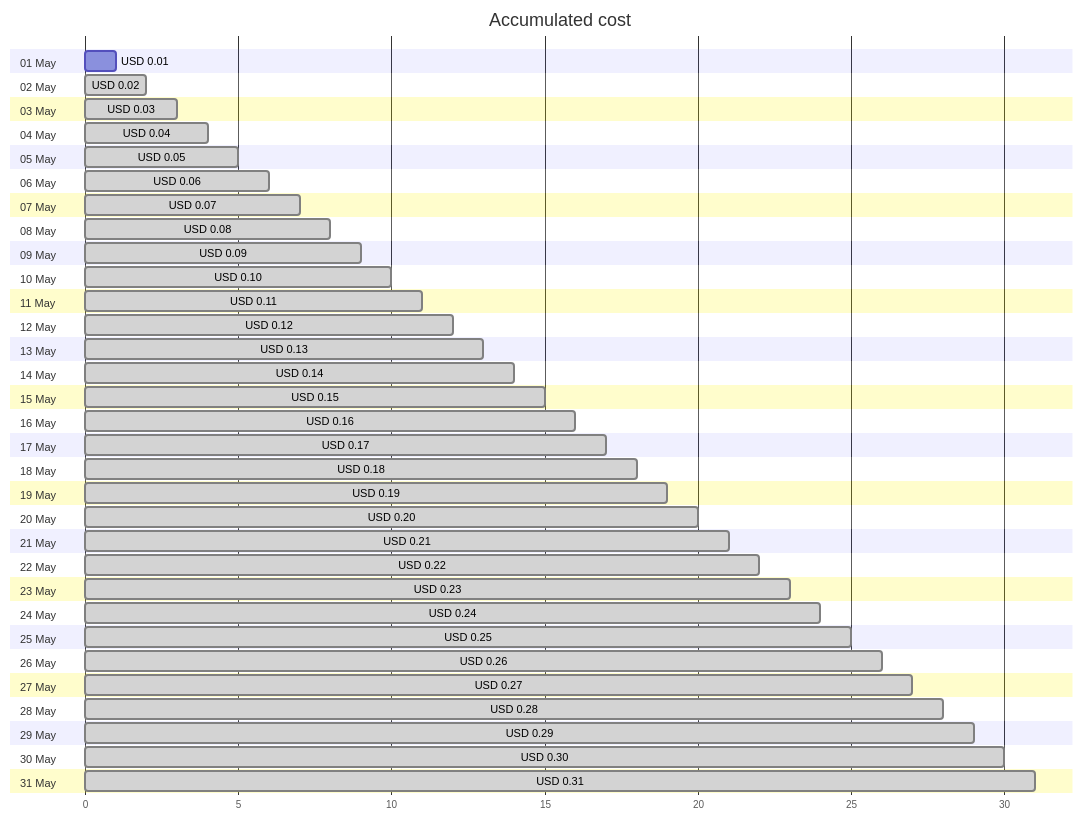
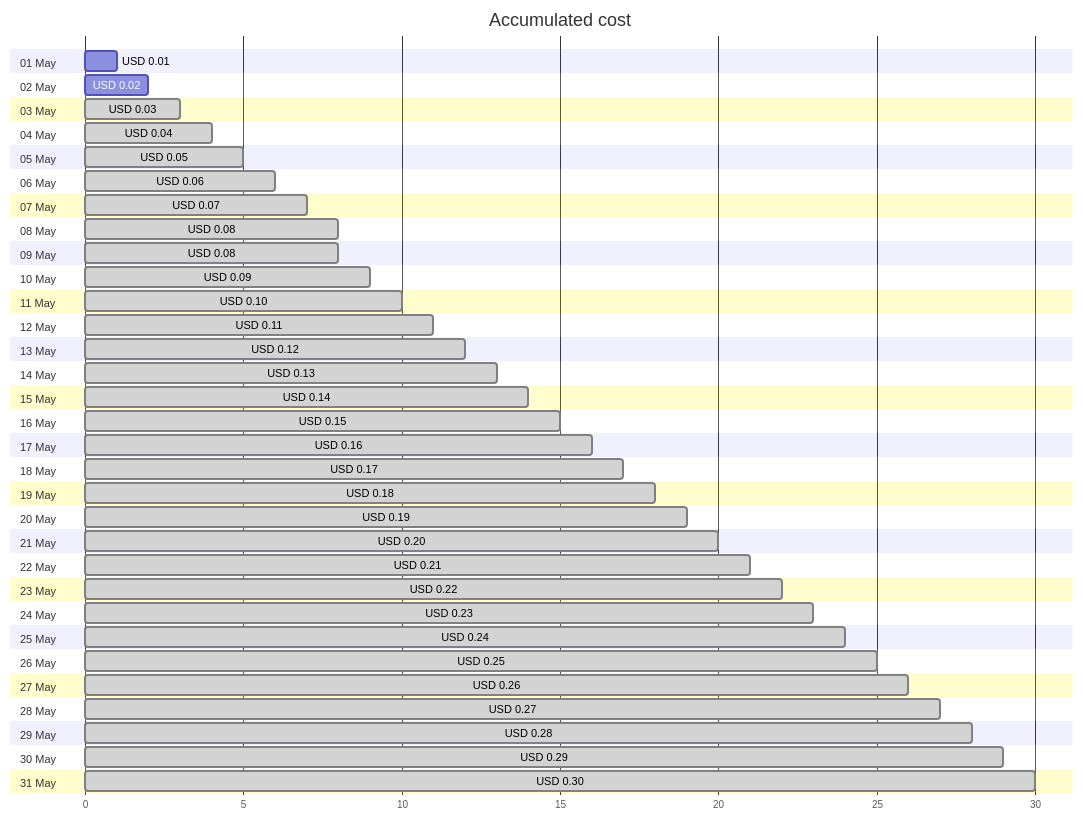
The first of 4 diagrams in cost-reports/cloud-shell-storage-eastus/README.md (jpfulton/azure-personal-reports), drawn with Mermaid before and after one commit. The commit also changed other lines of this file and 1 other file, not shown here.

````diff
--- a/cost-reports/cloud-shell-storage-eastus/README.md
+++ b/cost-reports/cloud-shell-storage-eastus/README.md
@@ -20,68 +20,68 @@
 ```mermaid
 gantt
    title Accumulated cost
    dateFormat  X
    axisFormat %s
    section 01 May
    USD 0.01 :0, 1
    section 02 May
-   USD 0.02 : done, 0, 2
+   USD 0.02 :0, 2
    section 03 May
    USD 0.03 : done, 0, 3
    section 04 May
    USD 0.04 : done, 0, 4
    section 05 May
    USD 0.05 : done, 0, 5
    section 06 May
    USD 0.06 : done, 0, 6
    section 07 May
    USD 0.07 : done, 0, 7
    section 08 May
    USD 0.08 : done, 0, 8
    section 09 May
+   USD 0.08 : done, 0, 8
+   section 10 May
    USD 0.09 : done, 0, 9
-   section 10 May
+   section 11 May
    USD 0.10 : done, 0, 10
-   section 11 May
+   section 12 May
    USD 0.11 : done, 0, 11
-   section 12 May
+   section 13 May
    USD 0.12 : done, 0, 12
-   section 13 May
+   section 14 May
    USD 0.13 : done, 0, 13
-   section 14 May
+   section 15 May
    USD 0.14 : done, 0, 14
-   section 15 May
+   section 16 May
    USD 0.15 : done, 0, 15
-   section 16 May
+   section 17 May
    USD 0.16 : done, 0, 16
-   section 17 May
+   section 18 May
    USD 0.17 : done, 0, 17
-   section 18 May
+   section 19 May
    USD 0.18 : done, 0, 18
-   section 19 May
+   section 20 May
    USD 0.19 : done, 0, 19
-   section 20 May
+   section 21 May
    USD 0.20 : done, 0, 20
-   section 21 May
+   section 22 May
    USD 0.21 : done, 0, 21
-   section 22 May
+   section 23 May
    USD 0.22 : done, 0, 22
-   section 23 May
+   section 24 May
    USD 0.23 : done, 0, 23
-   section 24 May
+   section 25 May
    USD 0.24 : done, 0, 24
-   section 25 May
+   section 26 May
    USD 0.25 : done, 0, 25
-   section 26 May
+   section 27 May
    USD 0.26 : done, 0, 26
-   section 27 May
+   section 28 May
    USD 0.27 : done, 0, 27
-   section 28 May
+   section 29 May
    USD 0.28 : done, 0, 28
-   section 29 May
+   section 30 May
    USD 0.29 : done, 0, 29
-   section 30 May
+   section 31 May
    USD 0.30 : done, 0, 30
-   section 31 May
-   USD 0.31 : done, 0, 31
 ```
````
